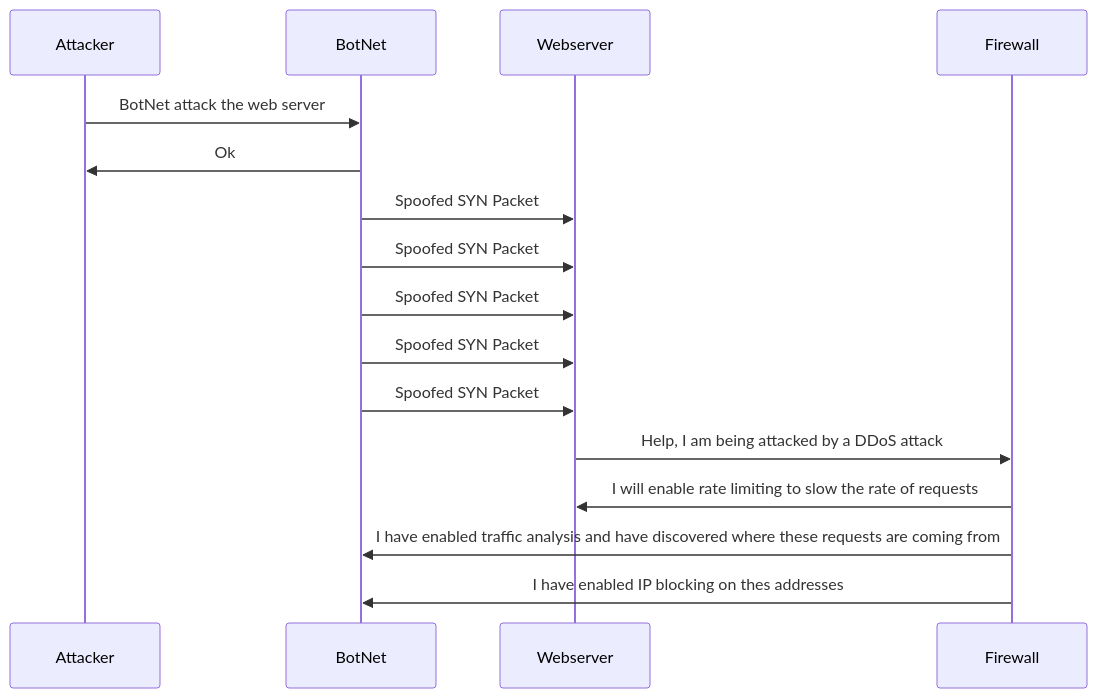
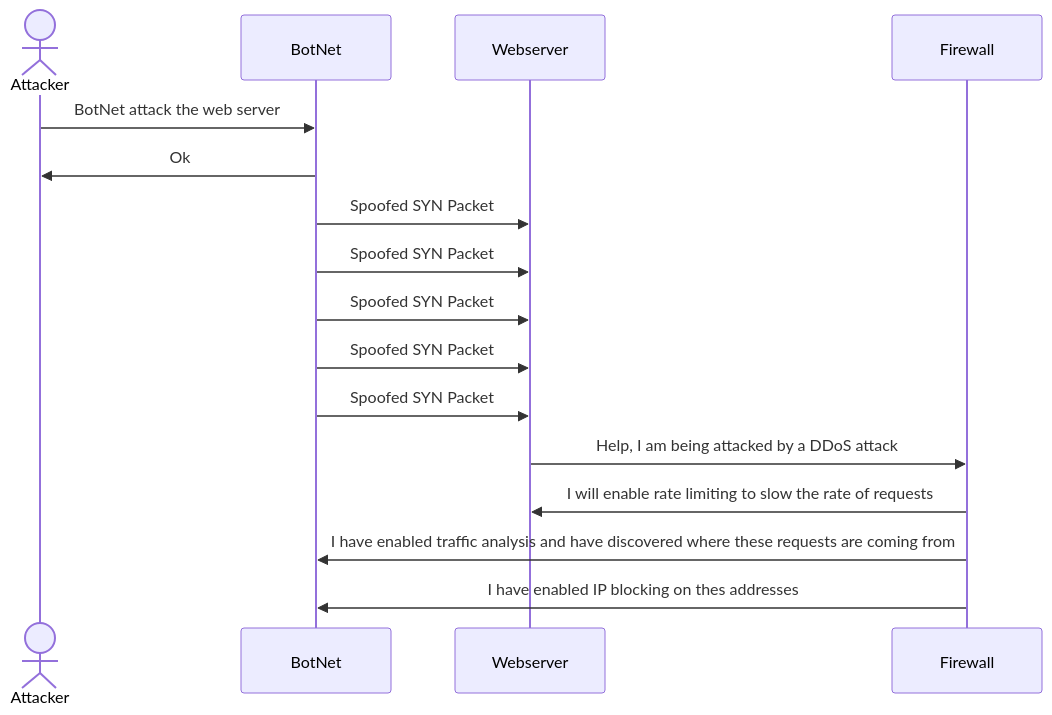
One commit to slaucks/slaucks.github.io changed the diagram in DDoS_Attack_Sequence.md. Above: the diagram before and after it, drawn with Mermaid.

````diff
--- a/DDoS_Attack_Sequence.md
+++ b/DDoS_Attack_Sequence.md
@@ -1,17 +1,15 @@
 ```mermaid
 sequenceDiagram
- participant Attacker 
+ actor Attacker 
  Attacker->>BotNet: BotNet attack the web server
  BotNet->>Attacker: Ok
  BotNet->>Webserver: Spoofed SYN Packet
  BotNet->>Webserver: Spoofed SYN Packet
  BotNet->>Webserver: Spoofed SYN Packet
  BotNet->>Webserver: Spoofed SYN Packet
  BotNet->>Webserver: Spoofed SYN Packet
  Webserver->>Firewall: Help, I am being attacked by a DDoS attack
  Firewall->>Webserver: I will enable rate limiting to slow the rate of requests
  Firewall->>BotNet: I have enabled traffic analysis and have discovered where these requests are coming from 
  Firewall->>BotNet: I have enabled IP blocking on thes addresses
-participant Firewall
-participant Attacker
 ```
````
